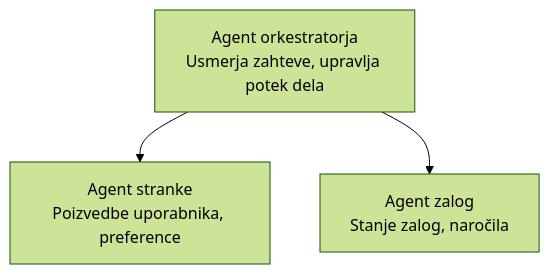
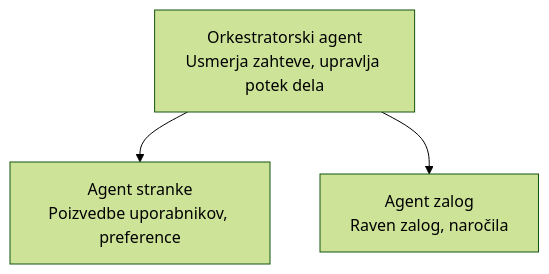
The diagram in translations/sl/docs/chapter-05-multi-agent/README.md (microsoft/AZD-for-beginners), drawn with Mermaid (forest theme) before and after one commit. The commit also changed other lines of this file and 104 other files, not shown here.

````diff
--- a/translations/sl/docs/chapter-05-multi-agent/README.md
+++ b/translations/sl/docs/chapter-05-multi-agent/README.md
@@ -52,5 +54,5 @@
 ```mermaid
 graph TD
-    Orchestrator[Agent orkestratorja<br/>Usmerja zahteve, upravlja potek dela] --> Customer[Agent stranke<br/>Poizvedbe uporabnika, preference]
-    Orchestrator --> Inventory[Agent zalog<br/>Stanje zalog, naročila]
+    Orchestrator[Orkestratorski agent<br/>Usmerja zahteve, upravlja potek dela] --> Customer[Agent stranke<br/>Poizvedbe uporabnikov, preference]
+    Orchestrator --> Inventory[Agent zalog<br/>Raven zalog, naročila]
 ```
````
